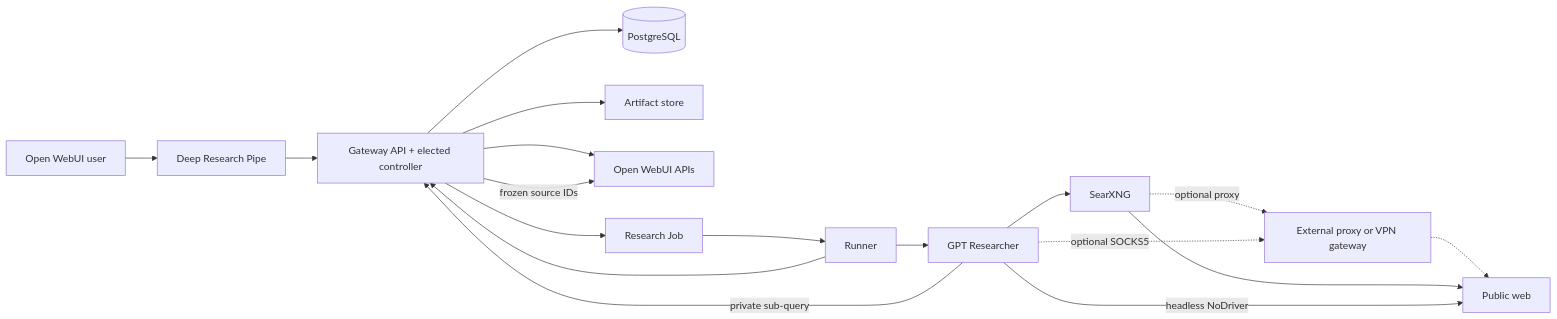
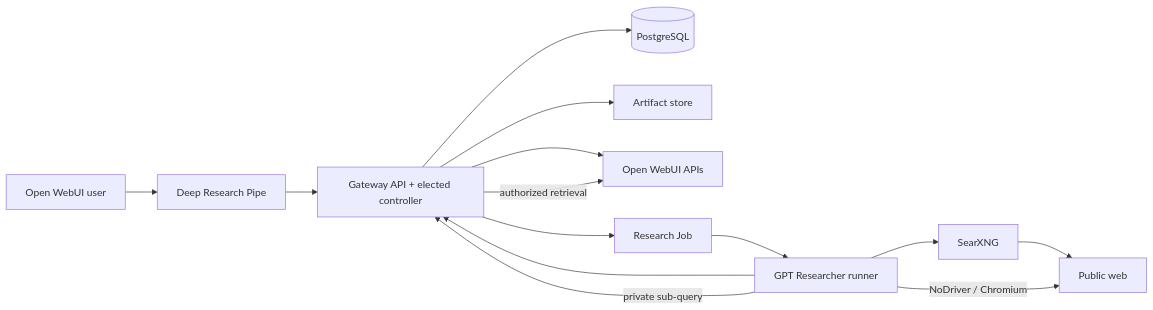
One commit to YevheniiSemendiak/open-webui-gpt-researcher changed the diagram in README.md. Above: the diagram before and after it, drawn with Mermaid. The commit also changed other lines of this file and 26 other files, not shown here.

````diff
--- a/README.md
+++ b/README.md
@@ -48,20 +79,16 @@
 ```mermaid
 flowchart LR
   U["Open WebUI user"] --> F["Deep Research Pipe"]
   F --> A["Gateway API + elected controller"]
   A --> P[("PostgreSQL")]
   A --> S["Artifact store"]
   A --> O["Open WebUI APIs"]
   A --> K["Research Job"]
-  K --> R["Runner"]
+  K --> R["GPT Researcher runner"]
   R --> A
-  R --> G["GPT Researcher"]
-  G --> Q["SearXNG"]
-  Q -. "optional proxy" .-> V["External proxy or VPN gateway"]
-  G -. "optional SOCKS5" .-> V
-  V -.-> W
+  R --> Q["SearXNG"]
   Q --> W["Public web"]
-  G -->|"headless NoDriver"| W
-  G -->|"private sub-query"| A
-  A -->|"frozen source IDs"| O
+  R -->|"NoDriver / Chromium"| W
+  R -->|"private sub-query"| A
+  A -->|"authorized retrieval"| O
 ```
````
